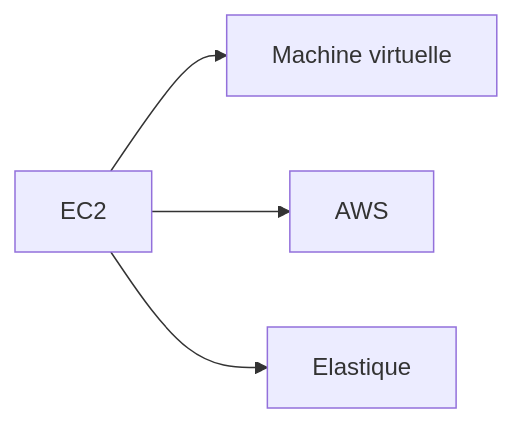
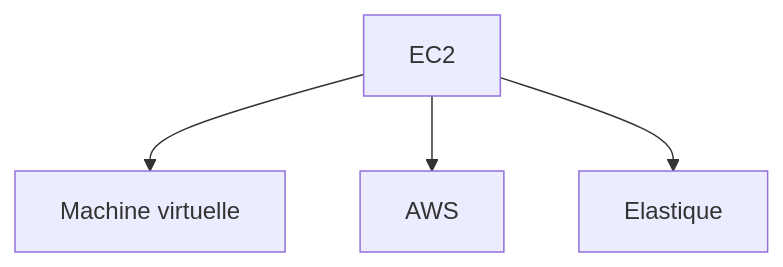
One commit to zyrass/omnydocs changed the eighth of 31 diagrams in docs/glossaire/cloud-computing.md. Above: the diagram before and after it, drawn with Mermaid. The commit also changed other lines of this file and 1780 other files, not shown here.

````diff
--- a/docs/glossaire/cloud-computing.md
+++ b/docs/glossaire/cloud-computing.md
@@ -165,6 +199,6 @@
-    ```mermaid
-    graph LR
-        A[EC2] --> B[Machine virtuelle]
-        A --> C[AWS]
-        A --> D[Elastique]
-    ```
+```mermaid
+graph TB
+    A[EC2] --> B[Machine virtuelle]
+    A --> C[AWS]
+    A --> D[Elastique]
+```
````
